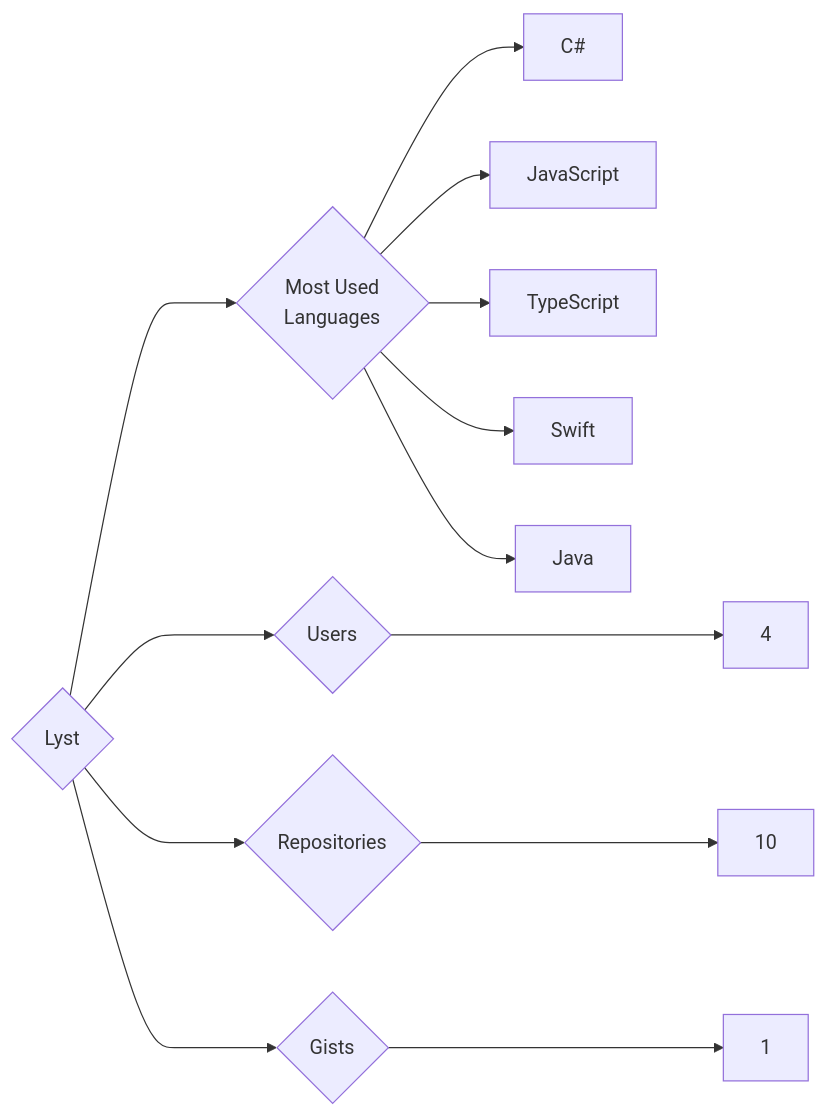
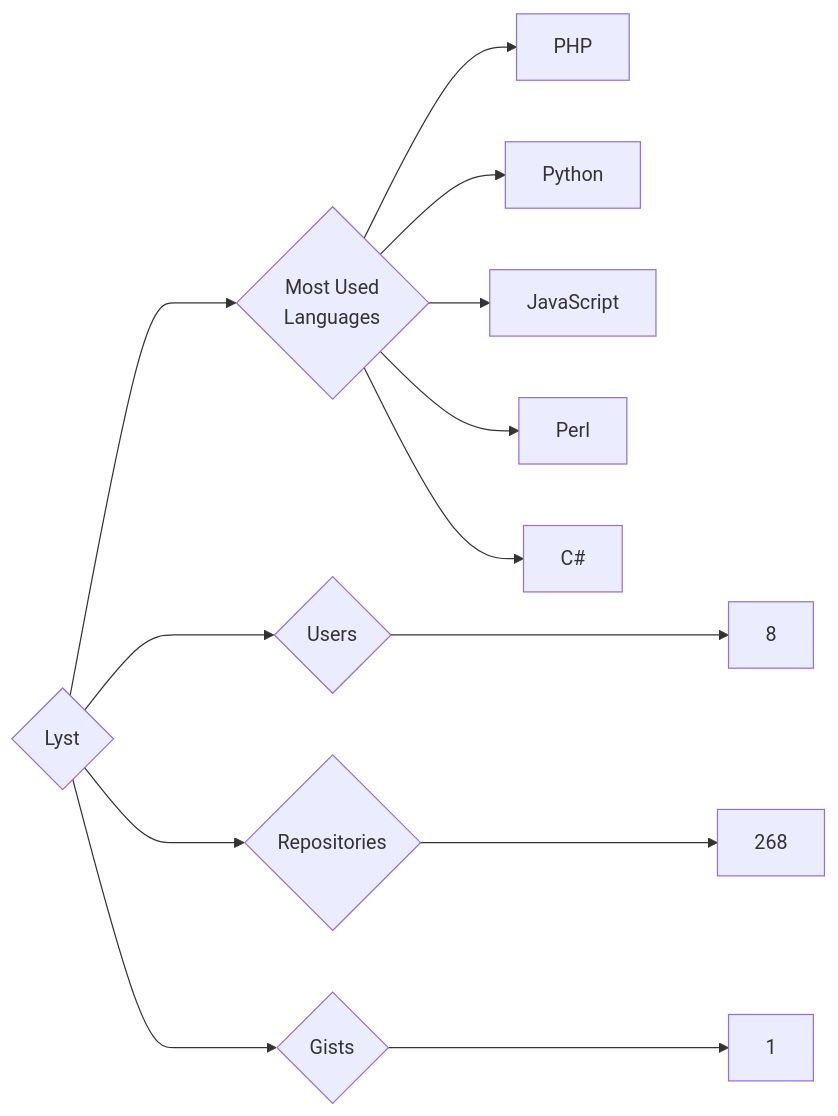
Before and after one commit to trickest/insiders: the diagram in targets/Lyst/README.md, drawn with Mermaid. The commit also changed 699 other files, not shown here.

````diff
--- a/targets/Lyst/README.md
+++ b/targets/Lyst/README.md
@@ -3,13 +3,13 @@
 ```mermaid
 graph LR
 COMPANY_NAME{Lyst}
-COMPANY_NAME ---> U{Users} ---> UN[4]
-COMPANY_NAME ---> R{Repositories} ---> RN[10]
+COMPANY_NAME ---> U{Users} ---> UN[8]
+COMPANY_NAME ---> R{Repositories} ---> RN[268]
 COMPANY_NAME ---> G{Gists} ---> GN[1]
 COMPANY_NAME ---> ML{Most Used<br>Languages}
+ML --> PHP[PHP]
+ML --> Python[Python]
+ML --> JavaScript[JavaScript]
+ML --> Perl[Perl]
 ML --> C#[C#]
-ML --> JavaScript[JavaScript]
-ML --> TypeScript[TypeScript]
-ML --> Swift[Swift]
-ML --> Java[Java]
 ```
````
